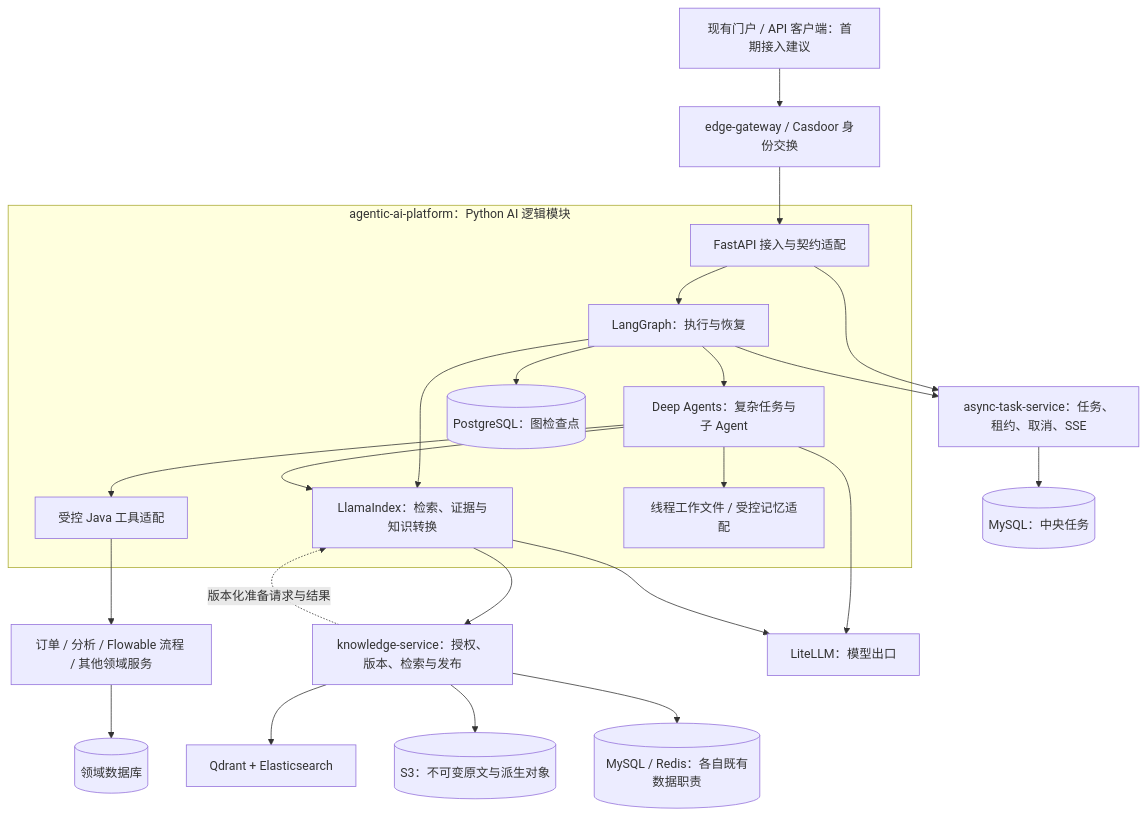
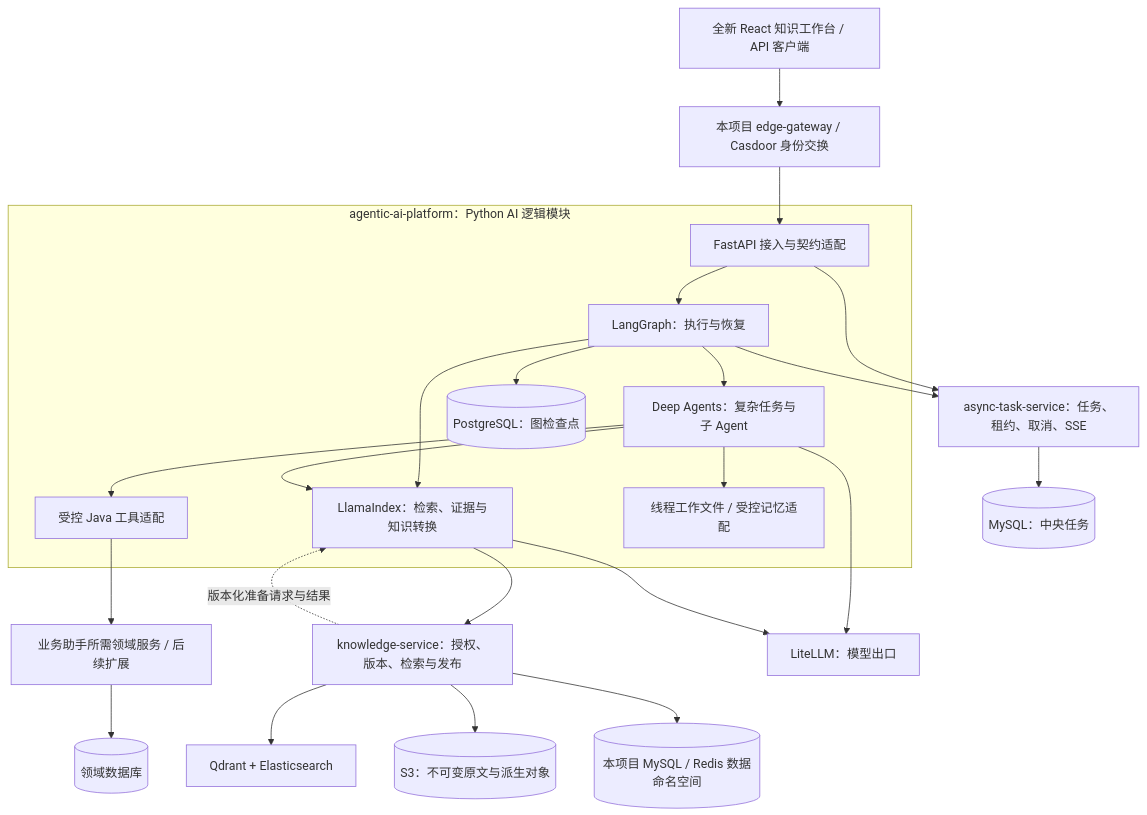
The diagram in docs/design/platform-selection-20261020/BACKEND_ARCHITECTURE.md (lirji/agentic-ai-platform), drawn with Mermaid before and after one commit. The commit also changed other lines of this file and 10 other files, not shown here.

````diff
--- a/docs/design/platform-selection-20261020/BACKEND_ARCHITECTURE.md
+++ b/docs/design/platform-selection-20261020/BACKEND_ARCHITECTURE.md
@@ -75,26 +78,26 @@
 ```mermaid
 flowchart TB
-    UI["现有门户 / API 客户端：首期接入建议"] --> Edge["edge-gateway / Casdoor 身份交换"]
+    UI["全新 React 知识工作台 / API 客户端"] --> Edge["本项目 edge-gateway / Casdoor 身份交换"]
     Edge --> API
     subgraph AI["agentic-ai-platform：Python AI 逻辑模块"]
         API["FastAPI 接入与契约适配"] --> Graph["LangGraph：执行与恢复"]
         Graph --> Deep["Deep Agents：复杂任务与子 Agent"]
         Graph --> RAG["LlamaIndex：检索、证据与知识转换"]
         Deep --> RAG
         Deep --> Tools["受控 Java 工具适配"]
         Graph --> CP[("PostgreSQL：图检查点")]
         Deep --> FS["线程工作文件 / 受控记忆适配"]
     end
     API --> Tasks["async-task-service：任务、租约、取消、SSE"]
     Graph --> Tasks
     RAG --> Knowledge["knowledge-service：授权、版本、检索与发布"]
     Knowledge -. "版本化准备请求与结果" .-> RAG
-    Tools --> Domain["订单 / 分析 / Flowable 流程 / 其他领域服务"]
+    Tools --> Domain["业务助手所需领域服务 / 后续扩展"]
     Deep --> Model["LiteLLM：模型出口"]
     RAG --> Model
     Knowledge --> Search["Qdrant + Elasticsearch"]
     Knowledge --> Source[("S3：不可变原文与派生对象")]
-    Knowledge --> Data[("MySQL / Redis：各自既有数据职责")]
+    Knowledge --> Data[("本项目 MySQL / Redis 数据命名空间")]
     Tasks --> TaskDB[("MySQL：中央任务")]
     Domain --> BizDB[("领域数据库")]
 ```
````
